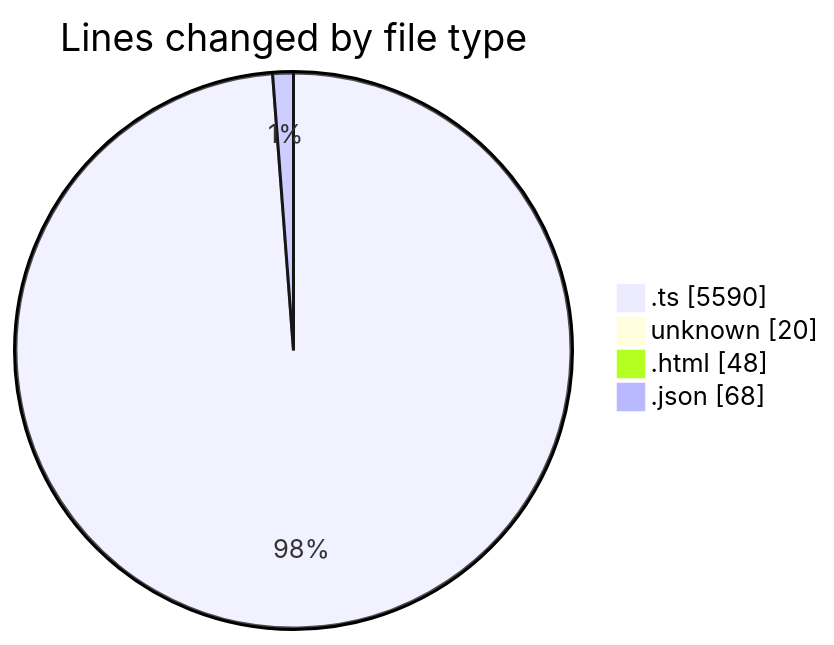
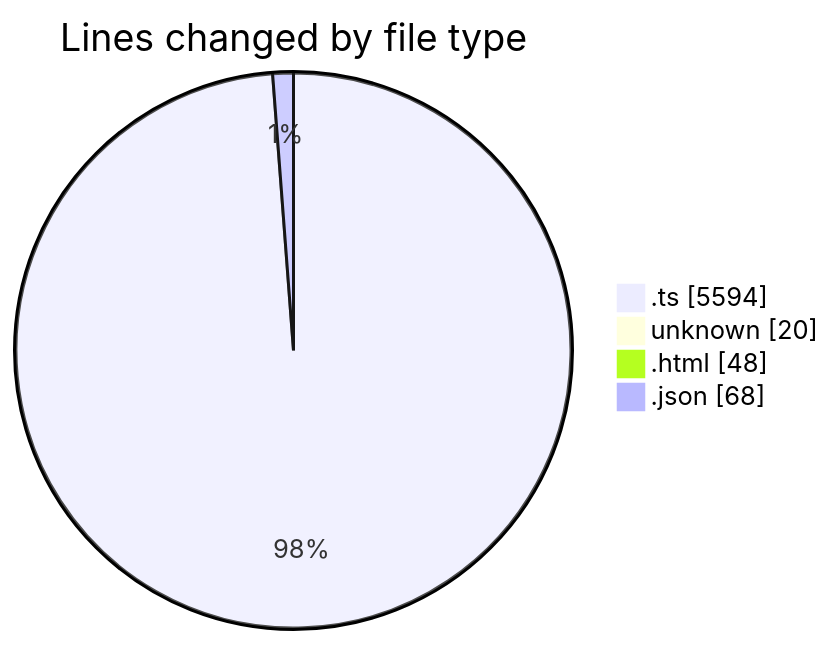
One commit to tmsrecording-cyber/code-tracking changed the first of 2 diagrams in 2026-02-06/singularitybrainai/README.md. Above: the diagram before and after it, drawn with Mermaid. The commit also changed other lines of this file and 1 other file, not shown here.

````diff
--- a/2026-02-06/singularitybrainai/README.md
+++ b/2026-02-06/singularitybrainai/README.md
@@ -31,8 +31,8 @@
 ```mermaid
 pie showData
 title Lines changed by file type
-".ts" : 5590
+".ts" : 5594
 "unknown" : 20
 ".html" : 48
 ".json" : 68
 ```
````
